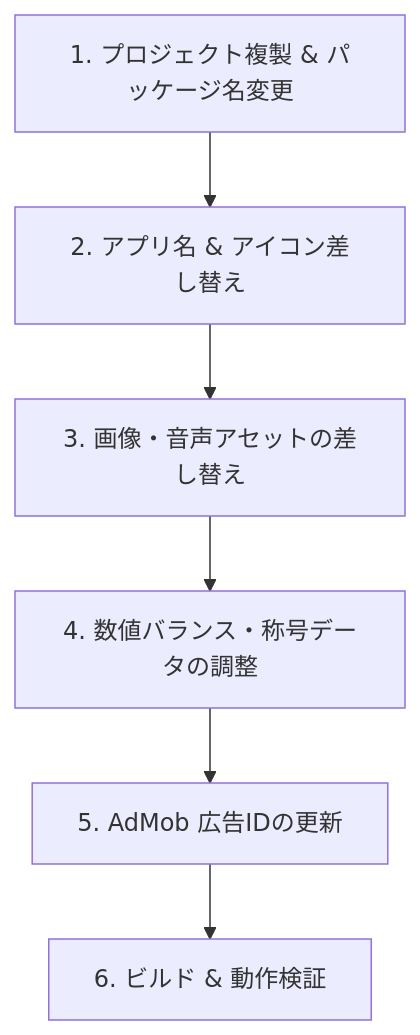
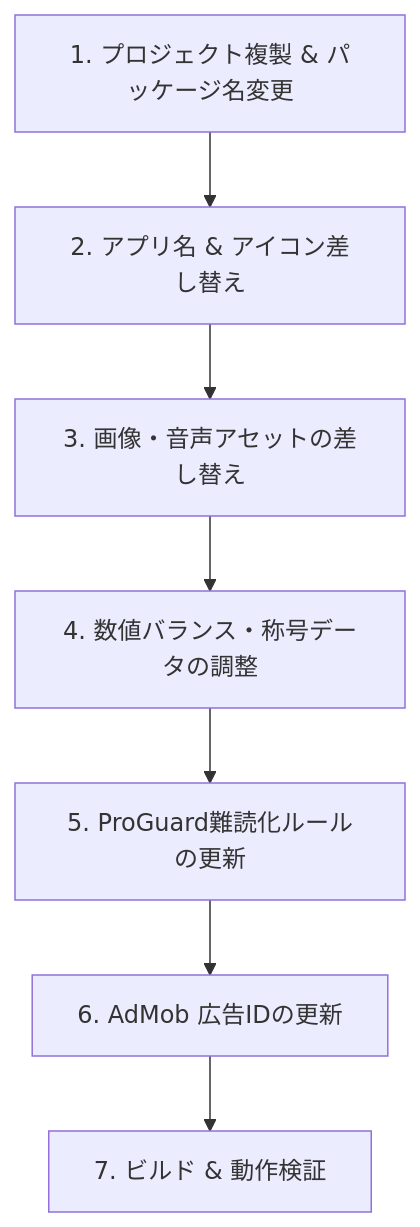
One commit to appks1999/million_egg changed the diagram in derivative_apps.md. Above: the diagram before and after it, drawn with Mermaid. The commit also changed other lines of this file and 10 other files, not shown here.

````diff
--- a/derivative_apps.md
+++ b/derivative_apps.md
@@ -22,8 +22,9 @@
 ```mermaid
 graph TD
     A[1. プロジェクト複製 & パッケージ名変更] --> B[2. アプリ名 & アイコン差し替え]
     B --> C[3. 画像・音声アセットの差し替え]
     C --> D[4. 数値バランス・称号データの調整]
-    D --> E[5. AdMob 広告IDの更新]
-    E --> F[6. ビルド & 動作検証]
+    D --> E[5. ProGuard難読化ルールの更新]
+    E --> F[6. AdMob 広告IDの更新]
+    F --> G[7. ビルド & 動作検証]
 ```
````
